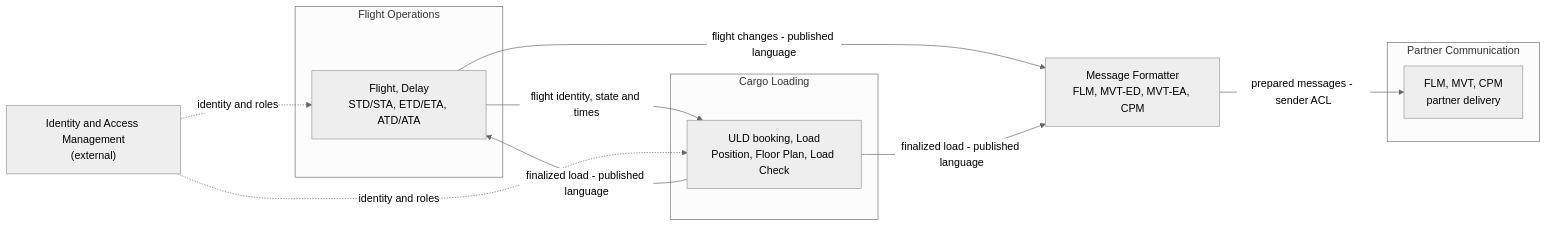
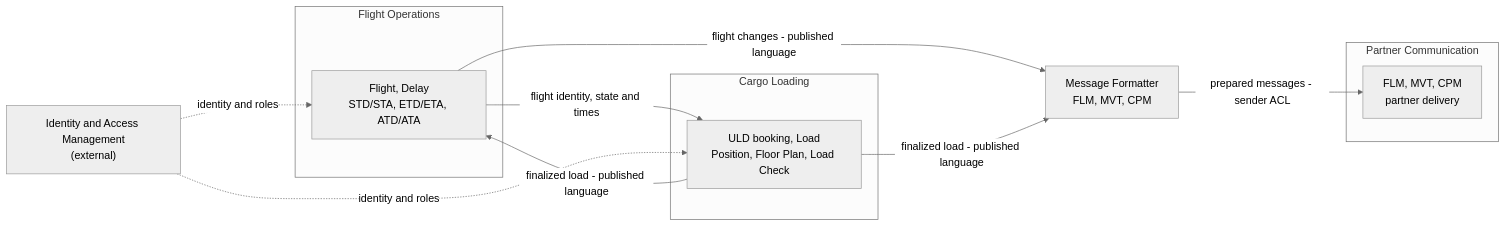
One commit to ebhd/air-freight-operations changed the first of 9 diagrams in architecture/analyse.md. Above: the diagram before and after it, drawn with Mermaid (neutral theme). The commit also changed other lines of this file and 1 other file, not shown here.

First line of the commit message:
Shorten the README and the architecture analysis

````diff
--- a/architecture/analyse.md
+++ b/architecture/analyse.md
@@ -18,22 +18,22 @@
 ```mermaid
 flowchart LR
     subgraph FO["Flight Operations"]
         F["Flight, Delay<br/>STD/STA, ETD/ETA, ATD/ATA"]
     end
     subgraph CL["Cargo Loading"]
         C["ULD booking, Load<br/>Position, Floor Plan, Load Check"]
     end
     subgraph PC["Partner Communication"]
         M["FLM, MVT, CPM<br/>partner delivery"]
     end
     IAM["Identity and Access Management<br/>(external)"]
 
     F -->|flight identity, state and times| C
-    MF["Message Formatter<br/>FLM, MVT-ED, MVT-EA, CPM"]
+    MF["Message Formatter<br/>FLM, MVT, CPM"]
     F -->|flight changes - published language| MF
     MF -->|prepared messages - sender ACL| M
     C -->|finalized load - published language| F
     C -->|finalized load - published language| MF
     IAM -.->|identity and roles| F
     IAM -.->|identity and roles| C
 ```
````
